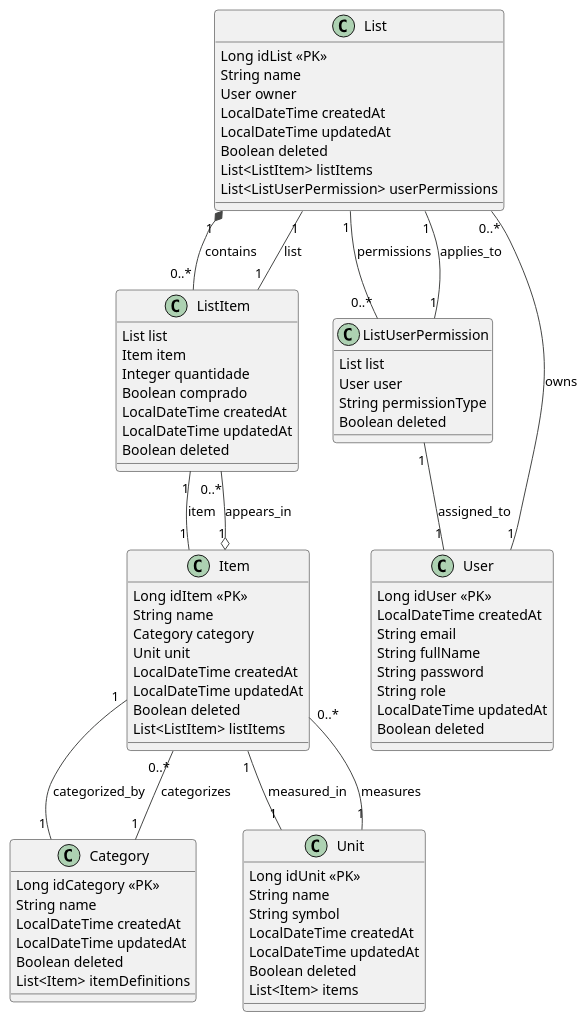
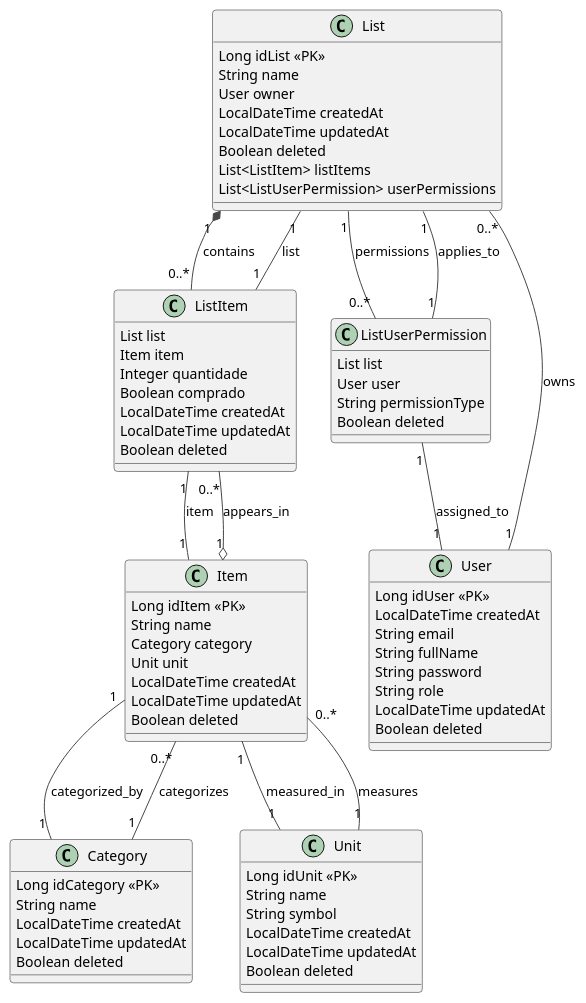
Before and after one commit to omatheusmesmo/ShoppMateAPI: the diagram in lista-de-compras.puml, drawn with PlantUML. The commit also changed 2 other files, not shown here.

Commit message:
feat: Refactor item addition method in ItemController; update user validation in UserService

```diff
--- a/lista-de-compras.puml
+++ b/lista-de-compras.puml
@@ -1,84 +1,81 @@
 @startuml
 !theme vibrant
 class List {
     Long idList <<PK>>
     String name
     User owner
     LocalDateTime createdAt
     LocalDateTime updatedAt
     Boolean deleted
     List<ListItem> listItems
     List<ListUserPermission> userPermissions
 }
 
 class ListItem {
     List list
     Item item
     Integer quantidade
     Boolean comprado
     LocalDateTime createdAt
     LocalDateTime updatedAt
     Boolean deleted
 }
 
 class User {
     Long idUser <<PK>>
     LocalDateTime createdAt
     String email
     String fullName
     String password
     String role
     LocalDateTime updatedAt
     Boolean deleted
 }
 
 class Item {
     Long idItem <<PK>>
     String name
     Category category
     Unit unit
     LocalDateTime createdAt
     LocalDateTime updatedAt
     Boolean deleted
-    List<ListItem> listItems
 }
 
 class Category {
     Long idCategory <<PK>>
     String name
     LocalDateTime createdAt
     LocalDateTime updatedAt
     Boolean deleted
-    List<Item> itemDefinitions
 }
 
 class Unit {
     Long idUnit <<PK>>
     String name
     String symbol
     LocalDateTime createdAt
     LocalDateTime updatedAt
     Boolean deleted
-    List<Item> items
 }
 
 class ListUserPermission {
     List list
     User user
     String permissionType
     Boolean deleted
 }
 
 User "1" -- "0..*" List : owns
 List "1" *-- "0..*" ListItem : contains
 Item "1" o-- "0..*" ListItem : appears_in
 Category "1" -- "0..*" Item : categorizes
 Unit "1" -- "0..*" Item : measures
 List "1" -- "0..*" ListUserPermission : permissions
 ListUserPermission "1" -- "1" User : assigned_to
 ListUserPermission "1" -- "1" List : applies_to
 ListItem "1" -- "1" List : list
 ListItem "1" -- "1" Item : item
 Item "1" -- "1" Category : categorized_by
 Item "1" -- "1" Unit : measured_in
 @enduml
```
